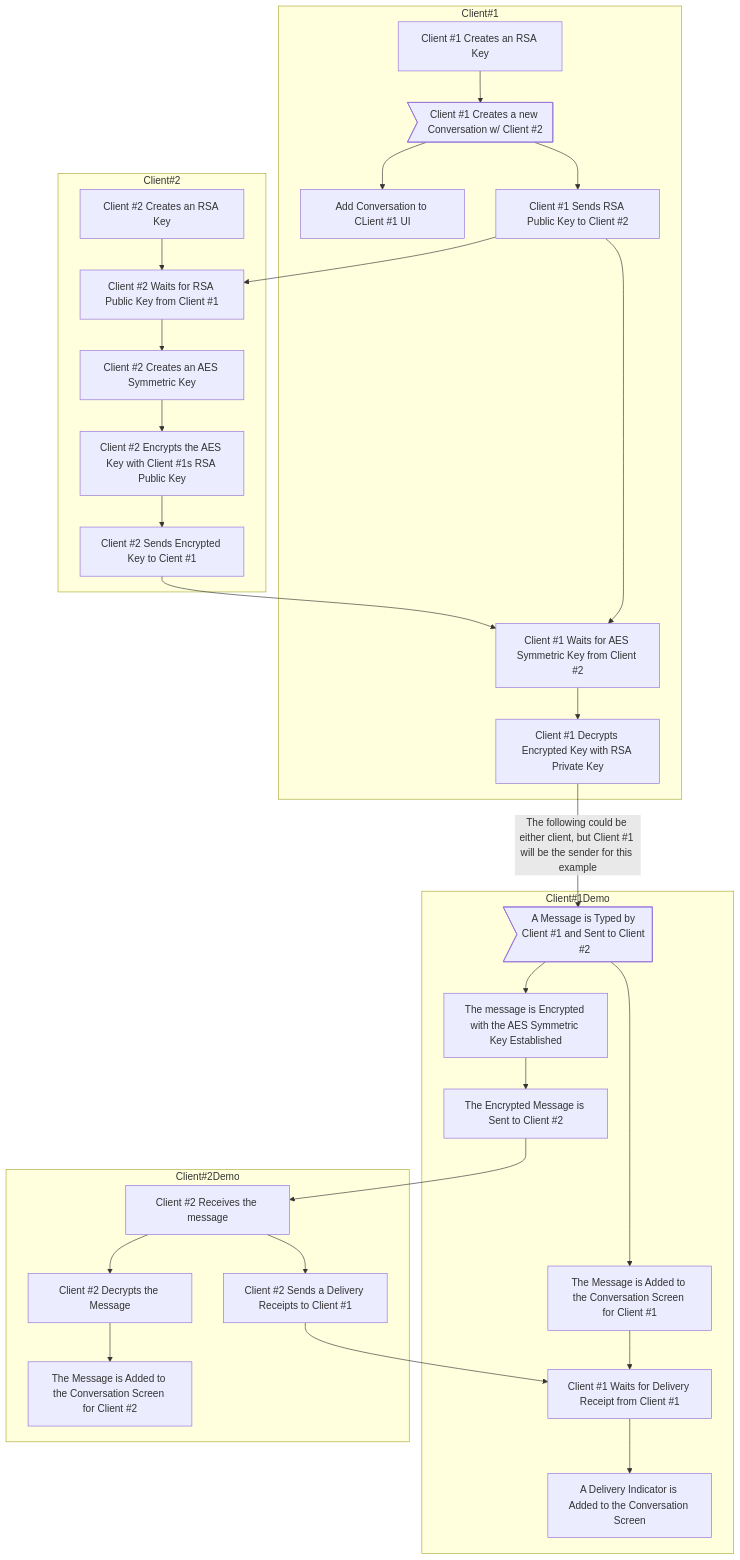
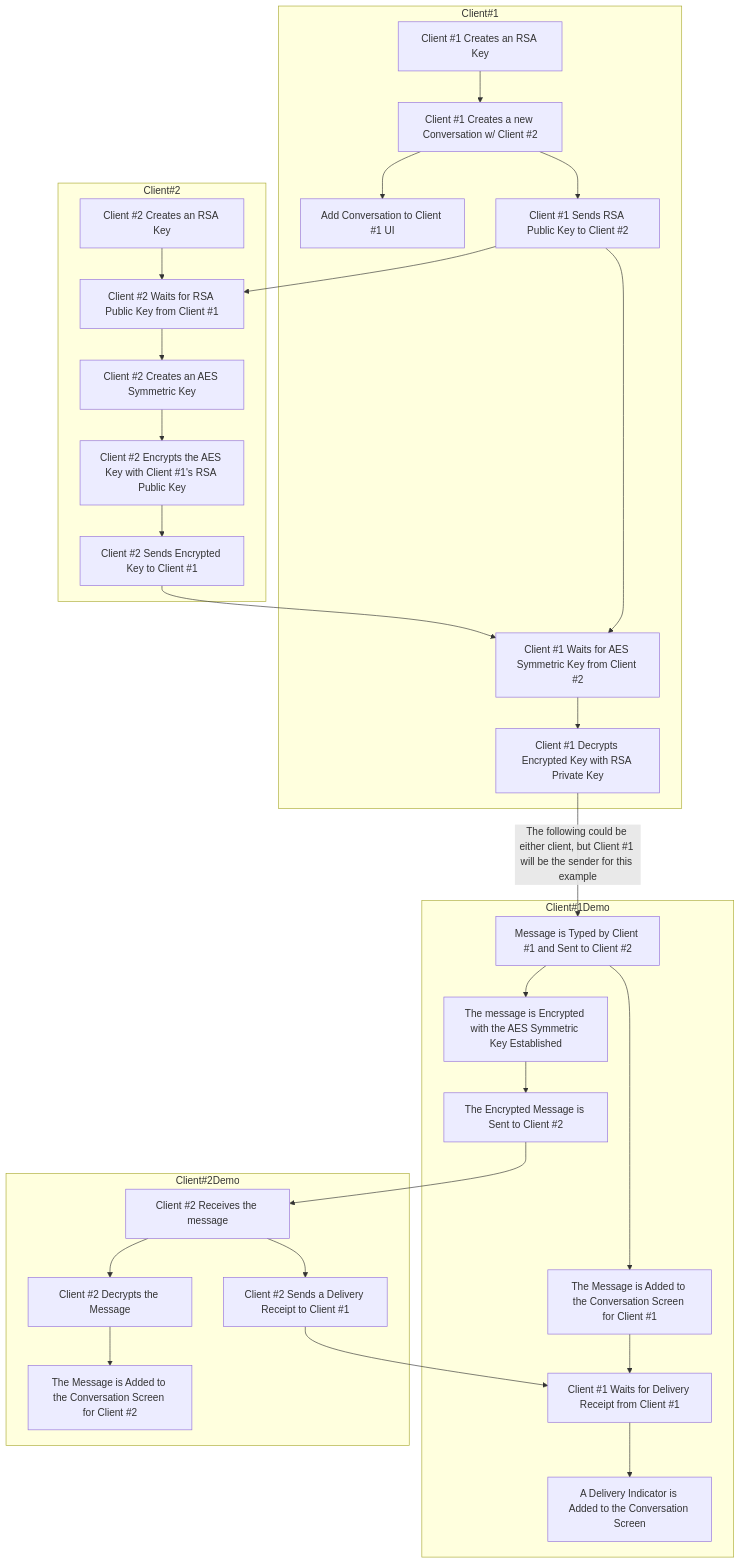
The diagram in README.md (xXCrash2BomberXx/TinyChat), drawn with Mermaid before and after one commit.

````diff
--- a/README.md
+++ b/README.md
@@ -72,35 +72,43 @@
 ```mermaid
 graph TB;
   subgraph "Client#1"
-  A[Client #1 Creates an RSA Key] --> B>Client #1 Creates a new Conversation w/ Client #2];
-  B --> D[Add Conversation to CLient #1 UI];
+  A[Client #1 Creates an RSA Key] --> B[Client #1 Creates a new Conversation w/ Client #2];
+  B --> D[Add Conversation to Client #1 UI];
   B --> E[Client #1 Sends RSA Public Key to Client #2];
   end
+
   E --> G;
+
   subgraph "Client#2"
   F[Client #2 Creates an RSA Key] --> G[Client #2 Waits for RSA Public Key from Client #1];
   G --> H[Client #2 Creates an AES Symmetric Key];
-  H -->I[Client #2 Encrypts the AES Key with Client #1s RSA Public Key];
-  I -->J[Client #2 Sends Encrypted Key to Cient #1];
+  H -->I[Client #2 Encrypts the AES Key with Client #1's RSA Public Key];
+  I -->J[Client #2 Sends Encrypted Key to Client #1];
   end
+
   J --> K;
+
   subgraph "Client#1"
   E --> K[Client #1 Waits for AES Symmetric Key from Client #2];
   K --> L[Client #1 Decrypts Encrypted Key with RSA Private Key];
   end
+
   subgraph "Client#1Demo"
-  L --> |The following could be either client, but Client #1 will be the sender for this example| M>A Message is Typed by Client #1 and Sent to Client #2];
+  L --> |The following could be either client, but Client #1 will be the sender for this example| M[Message is Typed by Client #1 and Sent to Client #2];
   M --> N[The message is Encrypted with the AES Symmetric Key Established];
   N --> O[The Encrypted Message is Sent to Client #2];
   M --> Q[The Message is Added to the Conversation Screen for Client #1];
   Q --> R[Client #1 Waits for Delivery Receipt from Client #1];
   R --> V[A Delivery Indicator is Added to the Conversation Screen];
   end
+
   O --> P;
+
   subgraph "Client#2Demo"
   P[Client #2 Receives the message] --> S[Client #2 Decrypts the Message];
   S --> T[The Message is Added to the Conversation Screen for Client #2];
-  P --> U[Client #2 Sends a Delivery Receipts to Client #1];
+  P --> U[Client #2 Sends a Delivery Receipt to Client #1];
   end
+
   U --> R;
 ```
````
